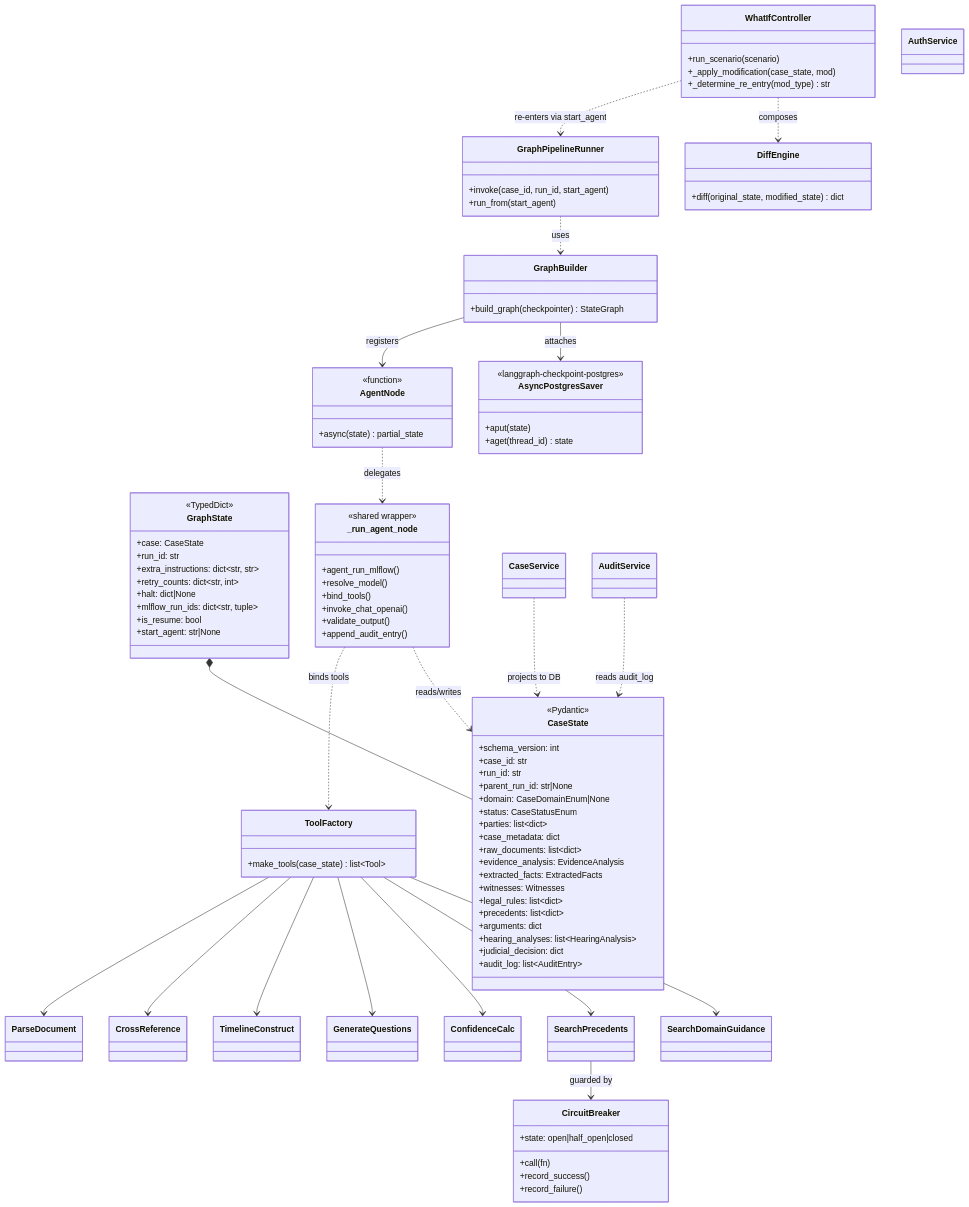
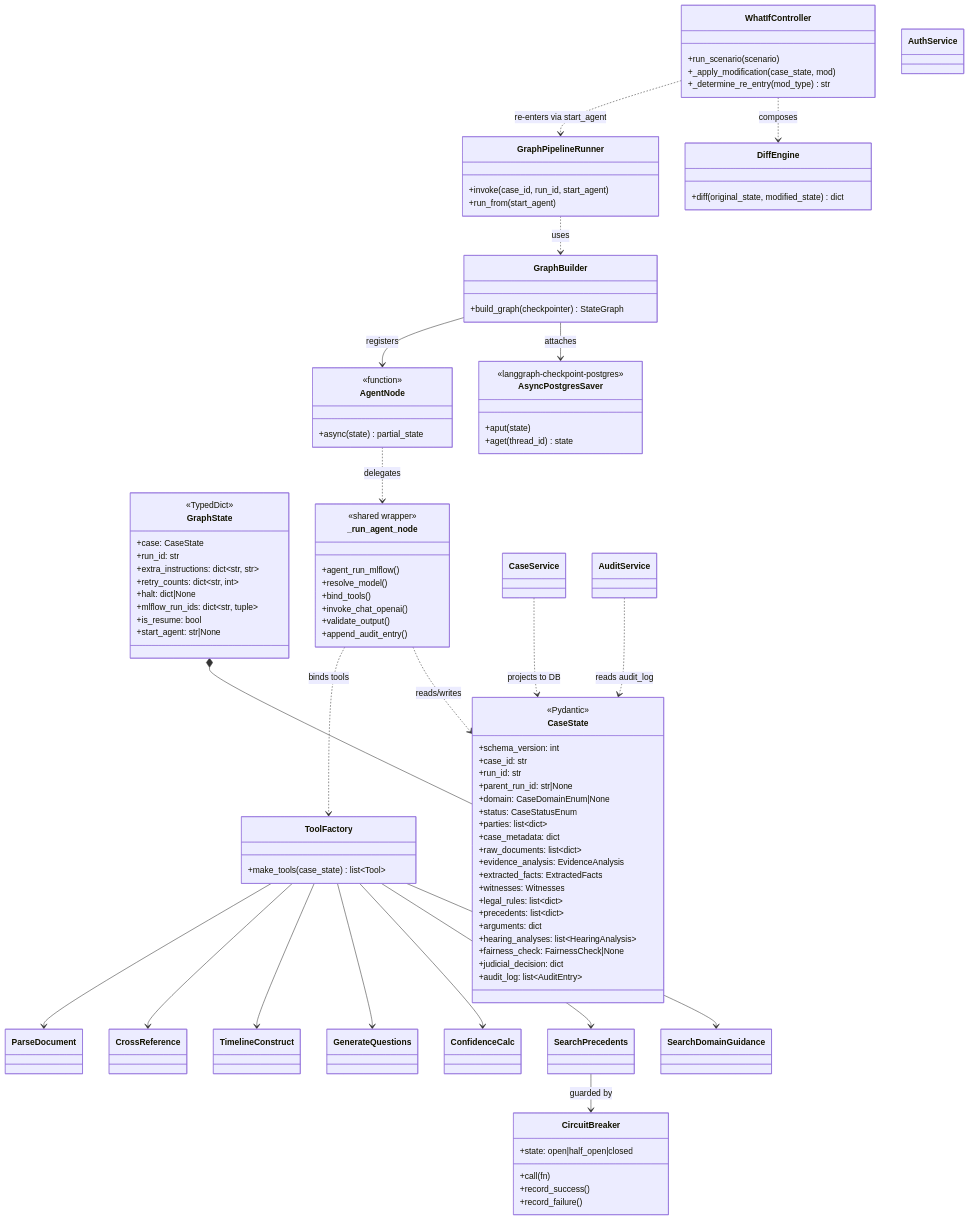
The fourth of 4 diagrams in docs/architecture/05-diagrams.md (ShashankBagda/VerdictCouncil_Backend), drawn with Mermaid before and after one commit. The commit also changed other lines of this file and 2 other files, not shown here.

First line of the commit message:
docs: align docs with real CaseState + hearing_analyses schema

```diff
--- a/docs/architecture/05-diagrams.md
+++ b/docs/architecture/05-diagrams.md
@@ -485,6 +484,7 @@
         +precedents: list~dict~
         +arguments: dict
         +hearing_analyses: list~HearingAnalysis~
+        +fairness_check: FairnessCheck|None
         +judicial_decision: dict
         +audit_log: list~AuditEntry~
     }
```
